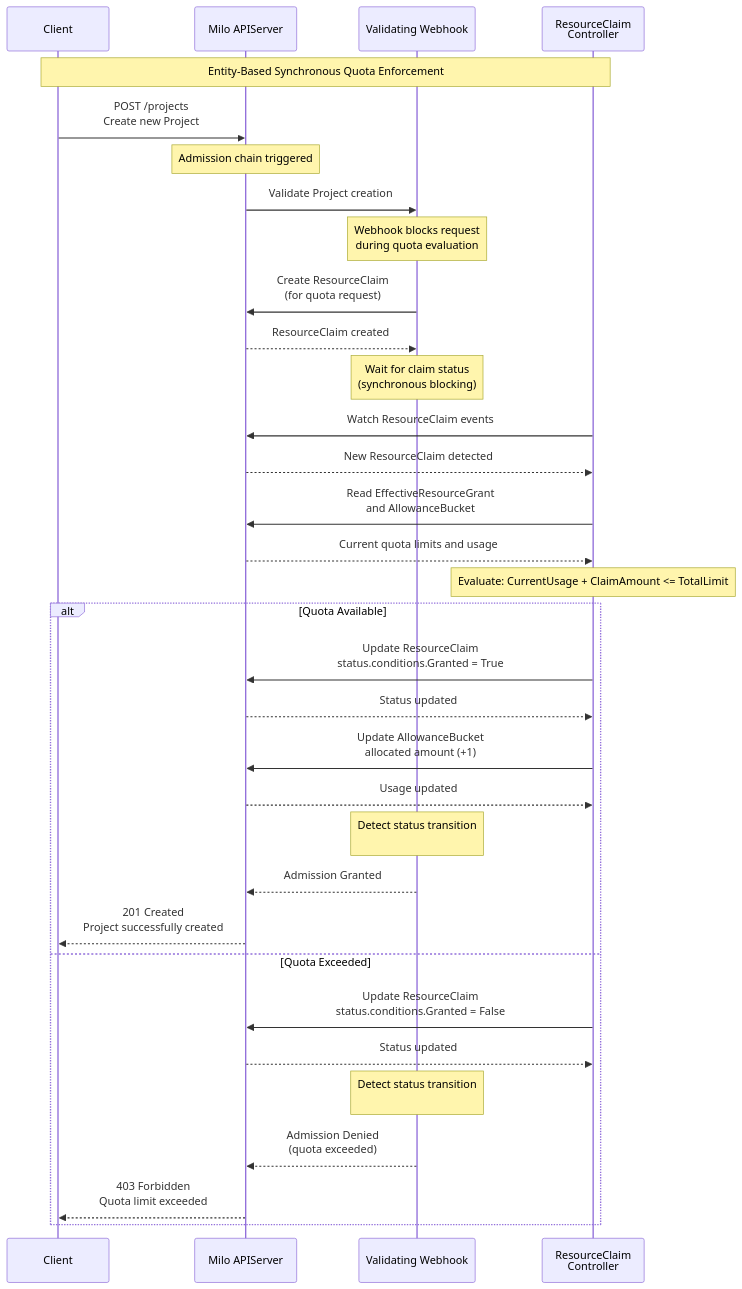
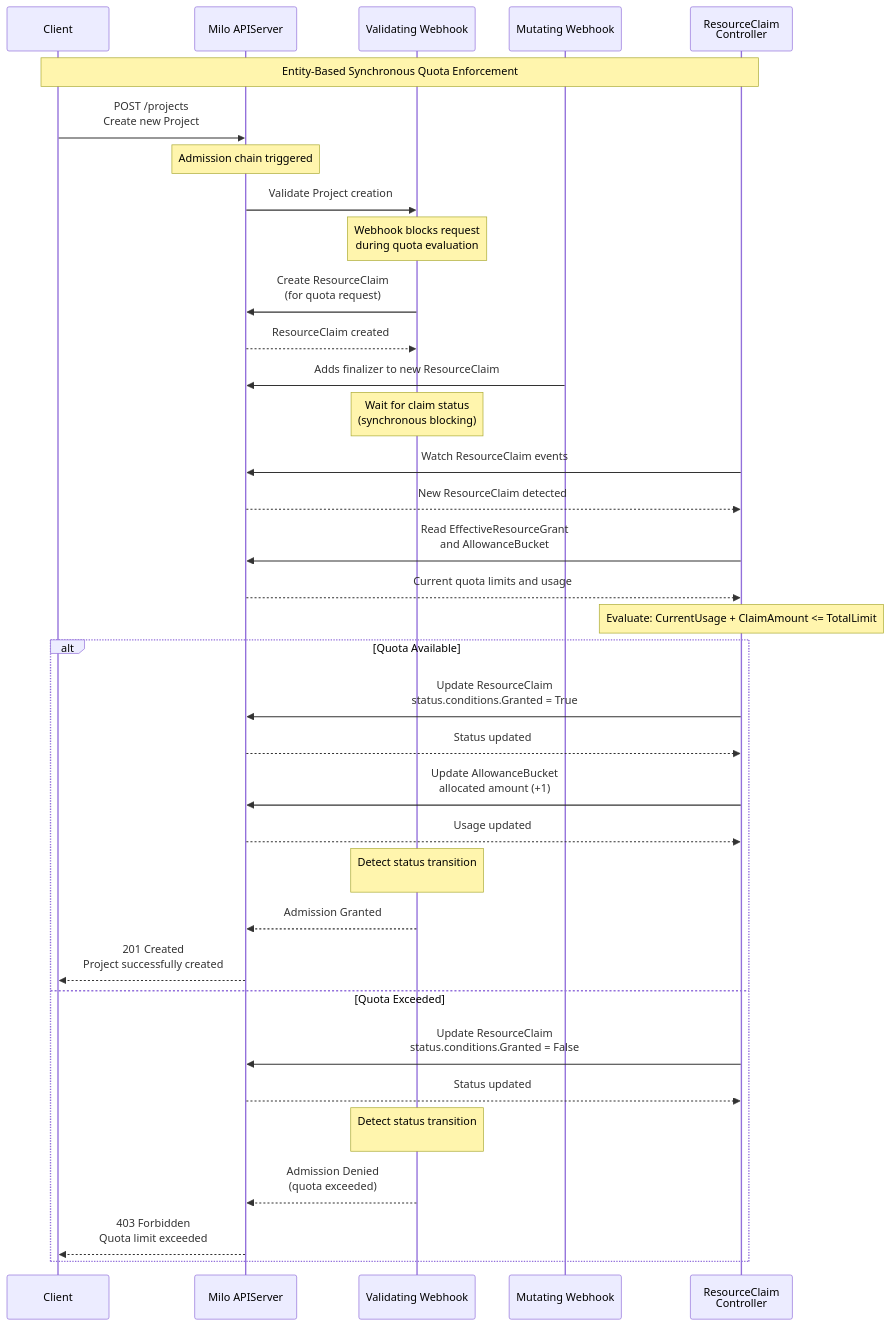
The third of 4 diagrams in enhancements/platform/quota-management/README.md (datum-cloud/enhancements), drawn with Mermaid before and after one commit. The commit also changed other lines of this file, not shown here.

Commit message:
fix(quota): adds missing mutating webhook to seq diag

````diff
--- a/enhancements/platform/quota-management/README.md
+++ b/enhancements/platform/quota-management/README.md
@@ -1190,49 +1187,51 @@
 ```mermaid
 sequenceDiagram
     participant Client
     participant APIServer as Milo APIServer
-    participant Webhook as Validating Webhook
+    participant ValWebhook as Validating Webhook
+    participant MutWebhook as Mutating Webhook
     participant Controller as ResourceClaim<br/>Controller
 
     Note over Client, Controller: Entity-Based Synchronous Quota Enforcement
 
     Client->>APIServer: POST /projects<br/>Create new Project
     Note over APIServer: Admission chain triggered
     
-    APIServer->>Webhook: Validate Project creation
-    Note over Webhook: Webhook blocks request<br/>during quota evaluation
+    APIServer->>ValWebhook: Validate Project creation
+    Note over ValWebhook: Webhook blocks request<br/>during quota evaluation
     
-    Webhook->>APIServer: Create ResourceClaim<br/>(for quota request)
-    APIServer-->>Webhook: ResourceClaim created
+    ValWebhook->>APIServer: Create ResourceClaim<br/>(for quota request)
+    APIServer-->>ValWebhook: ResourceClaim created
+    MutWebhook->>APIServer: Adds finalizer to new ResourceClaim
     
-    Note over Webhook: Wait for claim status<br/>(synchronous blocking)
+    Note over ValWebhook: Wait for claim status<br/>(synchronous blocking)
     
     Controller->>APIServer: Watch ResourceClaim events
     APIServer-->>Controller: New ResourceClaim detected
     
     Controller->>APIServer: Read EffectiveResourceGrant<br/>and AllowanceBucket
     APIServer-->>Controller: Current quota limits and usage
     
     Note over Controller: Evaluate: CurrentUsage + ClaimAmount <= TotalLimit
     
     alt Quota Available
         Controller->>APIServer: Update ResourceClaim<br/>status.conditions.Granted = True
         APIServer-->>Controller: Status updated
         
         Controller->>APIServer: Update AllowanceBucket<br/>allocated amount (+1)
         APIServer-->>Controller: Usage updated
         
-        Note over Webhook: Detect status transition<br/>
-        Webhook-->>APIServer: Admission Granted
+        Note over ValWebhook: Detect status transition<br/>
+        ValWebhook-->>APIServer: Admission Granted
         APIServer-->>Client: 201 Created<br/>Project successfully created
         
     else Quota Exceeded
         Controller->>APIServer: Update ResourceClaim<br/>status.conditions.Granted = False
         APIServer-->>Controller: Status updated
         
-        Note over Webhook: Detect status transition<br/>
-        Webhook-->>APIServer: Admission Denied<br/>(quota exceeded)
+        Note over ValWebhook: Detect status transition<br/>
+        ValWebhook-->>APIServer: Admission Denied<br/>(quota exceeded)
         APIServer-->>Client: 403 Forbidden<br/>Quota limit exceeded
         
     end
 ```
````
